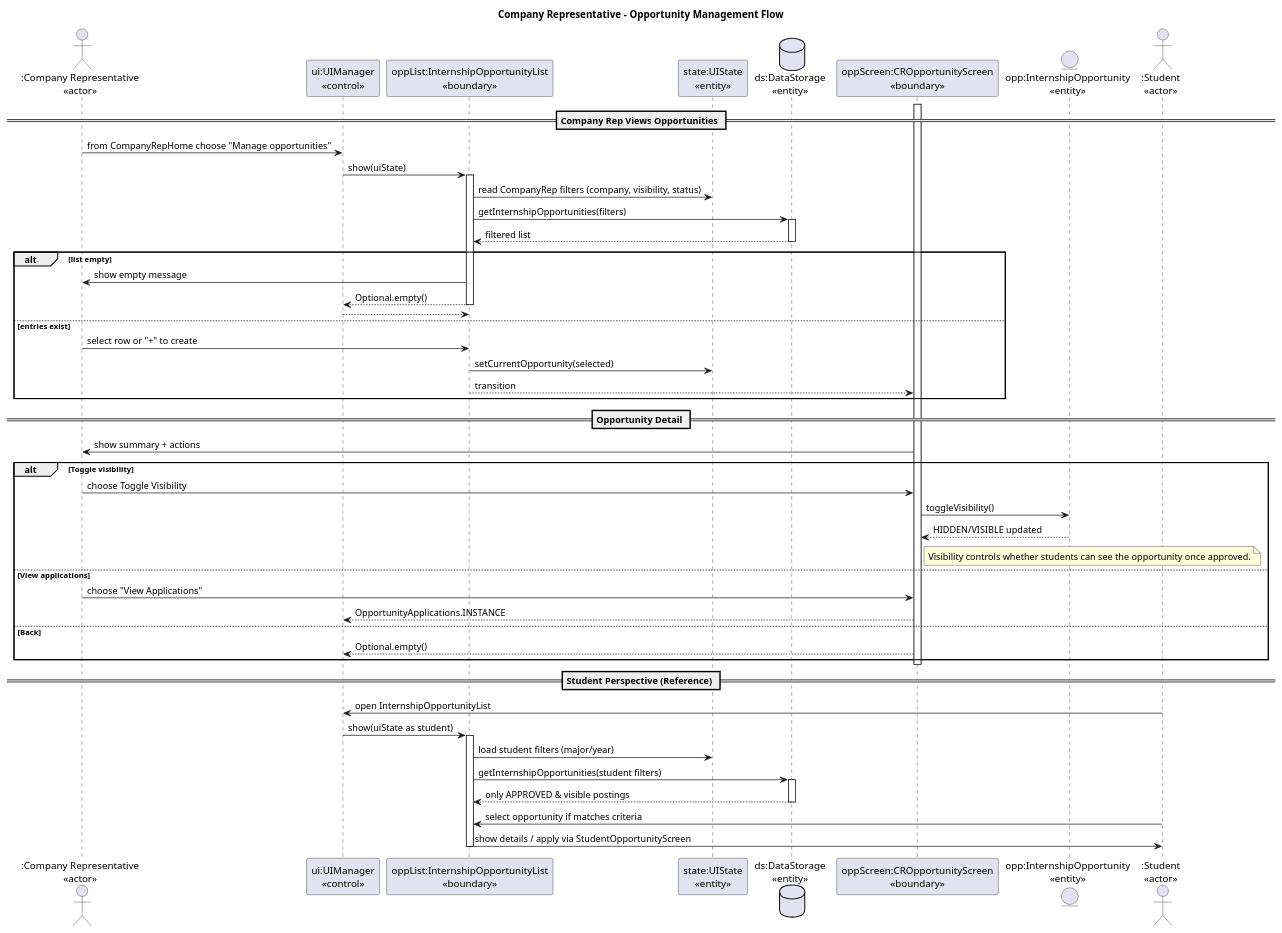
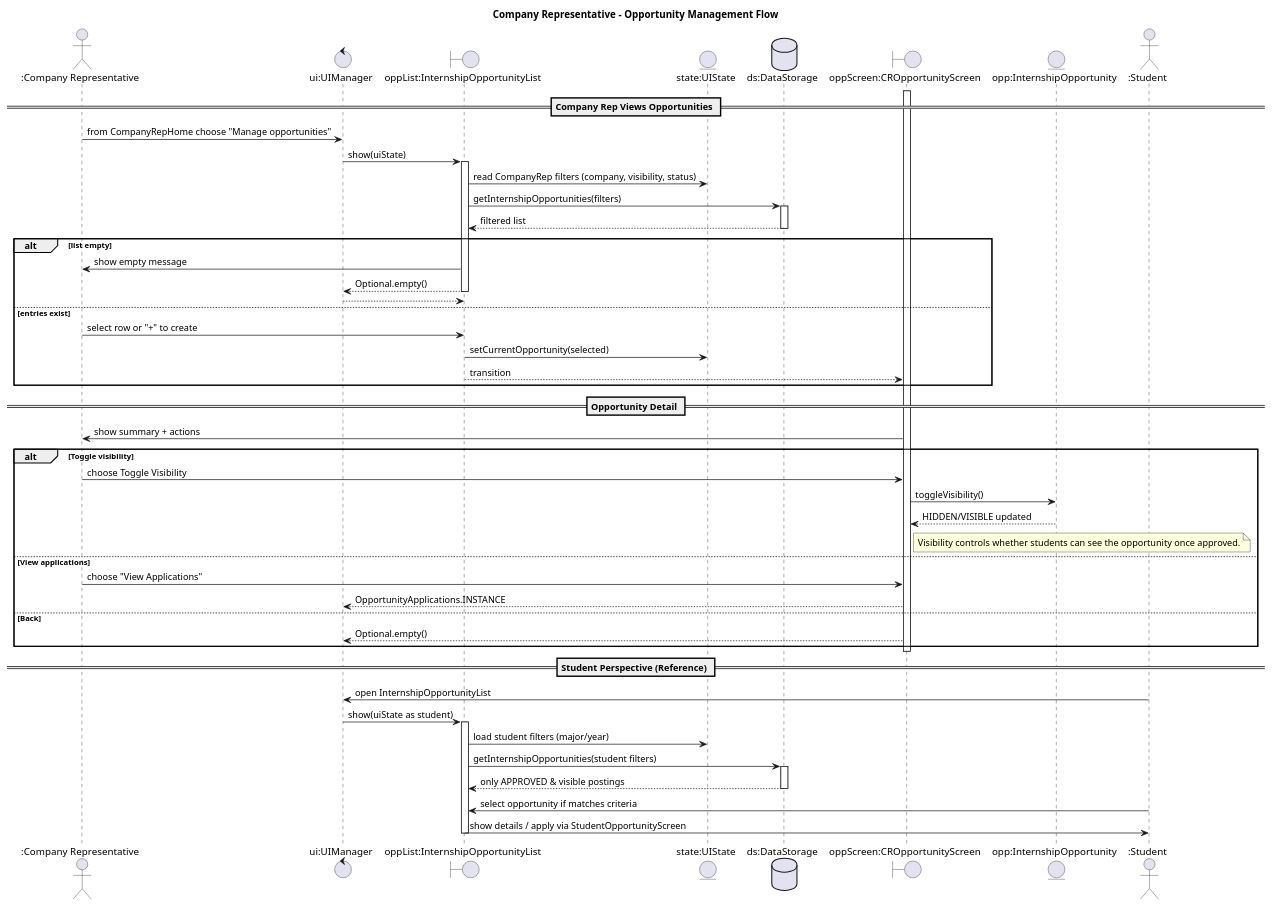
One commit to wangxinyue9/SC2002 changed the diagram in docs/internship_management_system/UMLDiagrams/SequenceDiagrams/company_rep_opportunity_flow.puml. Above: the diagram before and after it, drawn with PlantUML. The commit also changed 3 other files, not shown here.

Commit message:
edited the sequence diagrams to show the uml class stereotypes correctly

```diff
--- a/docs/internship_management_system/UMLDiagrams/SequenceDiagrams/company_rep_opportunity_flow.puml
+++ b/docs/internship_management_system/UMLDiagrams/SequenceDiagrams/company_rep_opportunity_flow.puml
@@ -1,65 +1,65 @@
 @startuml
-title Company Representative – Opportunity Management Flow
+title Company Representative - Opportunity Management Flow
 
-actor ":Company Representative\n<<actor>>" as CR
-participant "ui:UIManager\n<<control>>" as UIManager
-participant "oppList:InternshipOpportunityList\n<<boundary>>" as OppList
-participant "state:UIState\n<<entity>>" as UIState
-database "ds:DataStorage\n<<entity>>" as DataStorage
-participant "oppScreen:CROpportunityScreen\n<<boundary>>" as OppScreen
-entity "opp:InternshipOpportunity\n<<entity>>" as Opportunity
-actor ":Student\n<<actor>>" as StudentUser
+actor ":Company Representative" as CR
+control "ui:UIManager" as UIManager
+boundary "oppList:InternshipOpportunityList" as OppList
+entity "state:UIState" as UIState
+database "ds:DataStorage" as DataStorage
+boundary "oppScreen:CROpportunityScreen" as OppScreen
+entity "opp:InternshipOpportunity" as Opportunity
+actor ":Student" as StudentUser
 
 == Company Rep Views Opportunities ==
 CR -> UIManager: from CompanyRepHome choose "Manage opportunities"
 UIManager -> OppList: show(uiState)
 activate OppList
 OppList -> UIState: read CompanyRep filters (company, visibility, status)
 OppList -> DataStorage: getInternshipOpportunities(filters)
 activate DataStorage
 DataStorage --> OppList: filtered list
 deactivate DataStorage
 alt list empty
     OppList -> CR: show empty message
     OppList --> UIManager: Optional.empty()
     deactivate OppList
     return
 else entries exist
     CR -> OppList: select row or "+" to create
     OppList -> UIState: setCurrentOpportunity(selected)
     OppList --> OppScreen: transition
 end
 deactivate OppList
 
 == Opportunity Detail ==
 activate OppScreen
 OppScreen -> CR: show summary + actions
 alt Toggle visibility
     CR -> OppScreen: choose Toggle Visibility
     OppScreen -> Opportunity: toggleVisibility()
     Opportunity --> OppScreen: HIDDEN/VISIBLE updated
     note right of OppScreen
     Visibility controls whether students can see the opportunity once approved.
     end note
 else View applications
     CR -> OppScreen: choose "View Applications"
     OppScreen --> UIManager: OpportunityApplications.INSTANCE
 else Back
     OppScreen --> UIManager: Optional.empty()
 end
 deactivate OppScreen
 
 == Student Perspective (Reference) ==
 StudentUser -> UIManager: open InternshipOpportunityList
 UIManager -> OppList: show(uiState as student)
 activate OppList
 OppList -> UIState: load student filters (major/year)
 OppList -> DataStorage: getInternshipOpportunities(student filters)
 activate DataStorage
 DataStorage --> OppList: only APPROVED & visible postings
 deactivate DataStorage
 StudentUser -> OppList: select opportunity if matches criteria
 OppList -> StudentUser: show details / apply via StudentOpportunityScreen
 deactivate OppList
 
 @enduml
```
